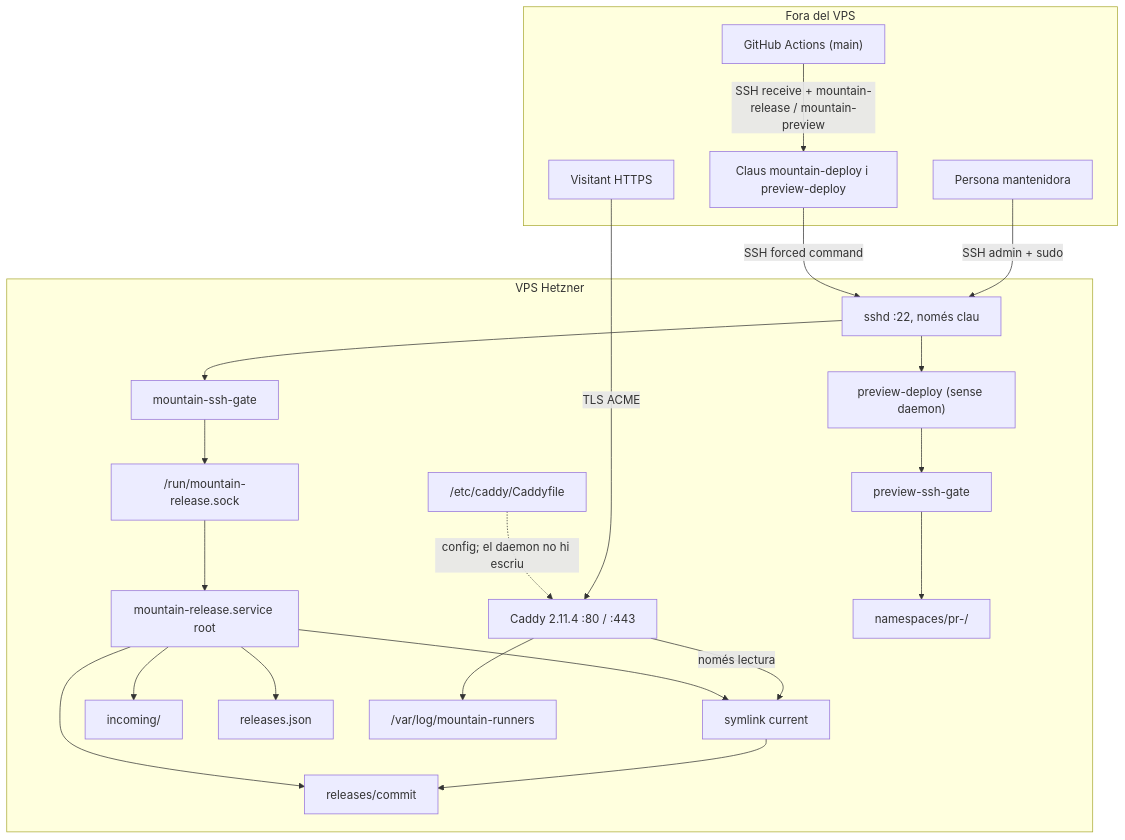
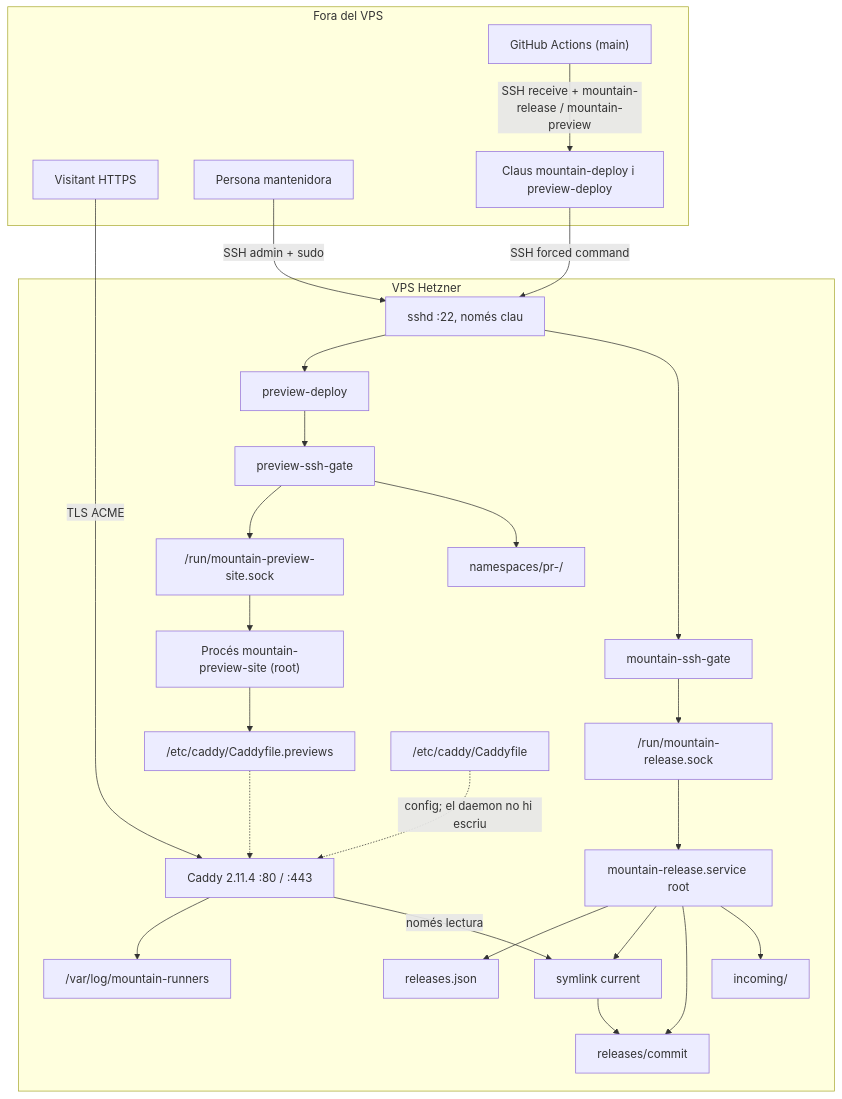
One commit to rboixaderg/mountain-runners changed the first of 3 diagrams in docs/runbook.md. Above: the diagram before and after it, drawn with Mermaid. The commit also changed other lines of this file and 47 other files, not shown here.

````diff
--- a/docs/runbook.md
+++ b/docs/runbook.md
@@ -71,45 +78,52 @@
 ```mermaid
 flowchart TB
   subgraph Fora["Fora del VPS"]
     Visitant["Visitant HTTPS"]
     Mantenidora["Persona mantenidora"]
     Actions["GitHub Actions (main)"]
     DeployKey["Claus mountain-deploy i preview-deploy"]
   end
 
   subgraph VPS["VPS Hetzner"]
     sshd["sshd :22, només clau"]
     Caddy["Caddy 2.11.4 :80 / :443"]
     Gate["mountain-ssh-gate"]
     Daemon["mountain-release.service root"]
     PreviewGate["preview-ssh-gate"]
-    PreviewIdentity["preview-deploy (sense daemon)"]
+    PreviewIdentity["preview-deploy"]
     PreviewNamespaces["namespaces/pr-<n>/"]
+    PreviewSiteSock["/run/mountain-preview-site.sock"]
+    PreviewSiteProcess["Procés mountain-preview-site (root)"]
+    PreviewCaddyfile["/etc/caddy/Caddyfile.previews"]
     Sock["/run/mountain-release.sock"]
     Current["symlink current"]
     Releases["releases/commit"]
     Incoming["incoming/"]
     Registry["releases.json"]
     Logs["/var/log/mountain-runners"]
     Caddyfile["/etc/caddy/Caddyfile"]
   end
 
   Visitant -->|"TLS ACME"| Caddy
   Caddy -->|"només lectura"| Current
   Current --> Releases
   Caddy --> Logs
   Caddyfile -.->|"config; el daemon no hi escriu"| Caddy
   Mantenidora -->|"SSH admin + sudo"| sshd
   Actions -->|"SSH receive + mountain-release / mountain-preview"| DeployKey
   DeployKey -->|"SSH forced command"| sshd
   sshd --> Gate
   sshd --> PreviewIdentity
   Gate --> Sock
   Sock --> Daemon
   Daemon --> Incoming
   Daemon --> Releases
   Daemon --> Current
   Daemon --> Registry
   PreviewIdentity --> PreviewGate
   PreviewGate --> PreviewNamespaces
+  PreviewGate --> PreviewSiteSock
+  PreviewSiteSock --> PreviewSiteProcess
+  PreviewSiteProcess --> PreviewCaddyfile
+  PreviewCaddyfile -.-> Caddy
 ```
````
